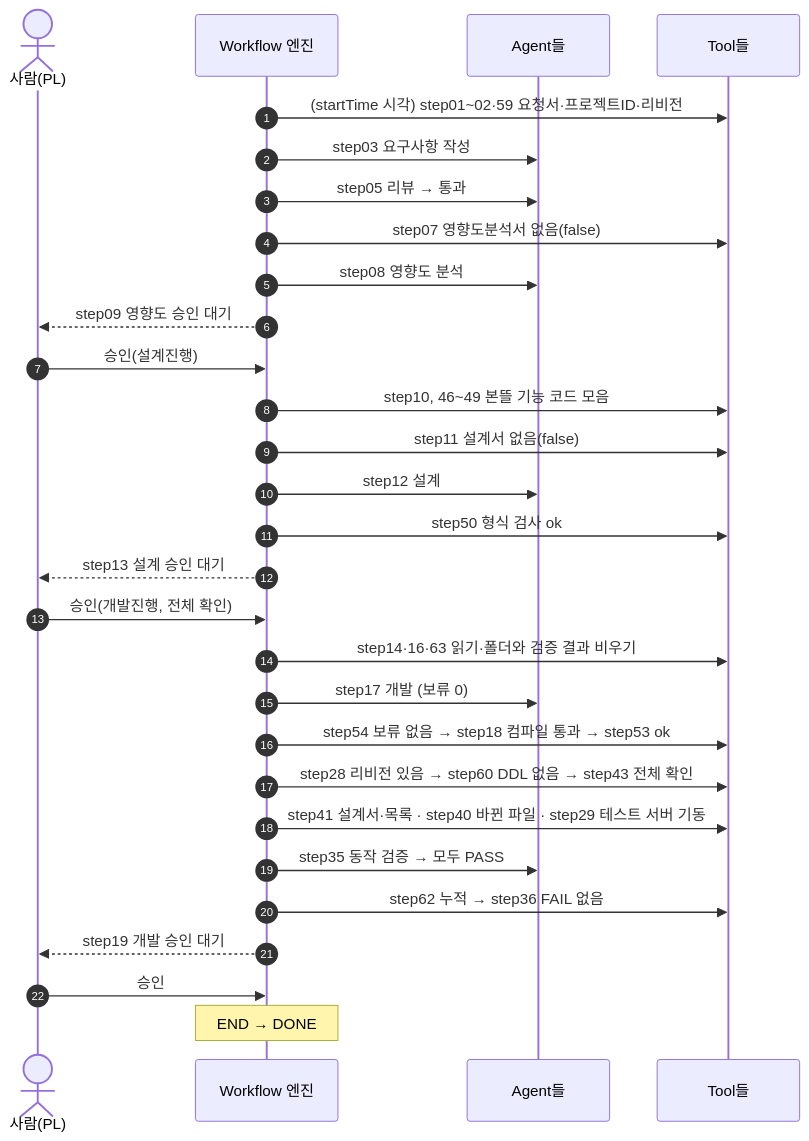
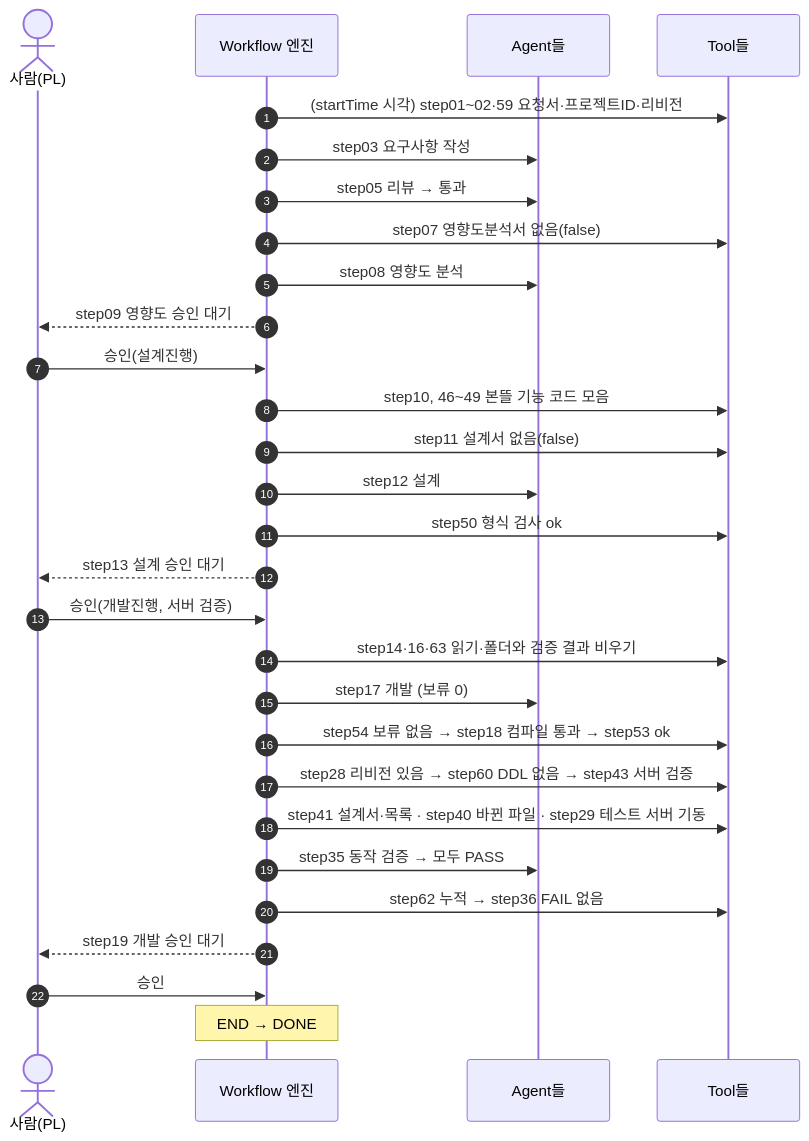
Diagram 22 of 24 in docs/09.dstone-ai-engine-sm-workflow.md (YongSoekChoeng/dstone), drawn with Mermaid before and after one commit. The commit also changed other lines of this file and 10 other files, not shown here.

````diff
--- a/docs/09.dstone-ai-engine-sm-workflow.md
+++ b/docs/09.dstone-ai-engine-sm-workflow.md
@@ -1610,31 +1587,31 @@
 ```mermaid
 sequenceDiagram
     autonumber
     actor PL as 사람(PL)
     participant WF as Workflow 엔진
     participant AG as Agent들
     participant TL as Tool들
     WF->>TL: (startTime 시각) step01~02·59 요청서·프로젝트ID·리비전
     WF->>AG: step03 요구사항 작성
     WF->>AG: step05 리뷰 → 통과
     WF->>TL: step07 영향도분석서 없음(false)
     WF->>AG: step08 영향도 분석
     WF-->>PL: step09 영향도 승인 대기
     PL->>WF: 승인(설계진행)
     WF->>TL: step10, 46~49 본뜰 기능 코드 모음
     WF->>TL: step11 설계서 없음(false)
     WF->>AG: step12 설계
     WF->>TL: step50 형식 검사 ok
     WF-->>PL: step13 설계 승인 대기
-    PL->>WF: 승인(개발진행, 전체 확인)
+    PL->>WF: 승인(개발진행, 서버 검증)
     WF->>TL: step14·16·63 읽기·폴더와 검증 결과 비우기
     WF->>AG: step17 개발 (보류 0)
     WF->>TL: step54 보류 없음 → step18 컴파일 통과 → step53 ok
-    WF->>TL: step28 리비전 있음 → step60 DDL 없음 → step43 전체 확인
+    WF->>TL: step28 리비전 있음 → step60 DDL 없음 → step43 서버 검증
     WF->>TL: step41 설계서·목록 · step40 바뀐 파일 · step29 테스트 서버 기동
     WF->>AG: step35 동작 검증 → 모두 PASS
     WF->>TL: step62 누적 → step36 FAIL 없음
     WF-->>PL: step19 개발 승인 대기
     PL->>WF: 승인
     Note over WF: END → DONE
 ```
````
